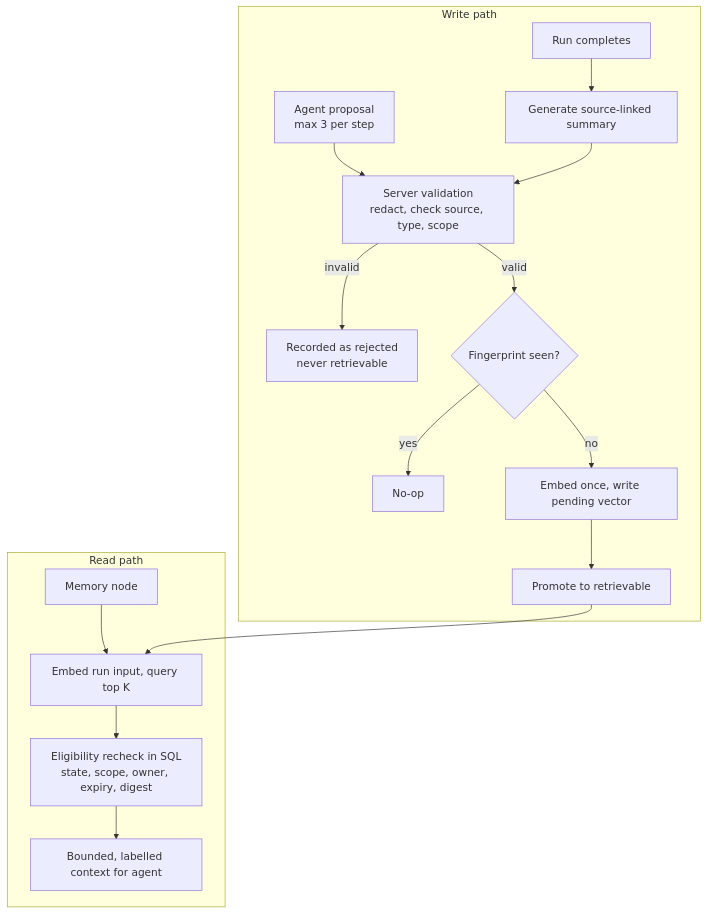
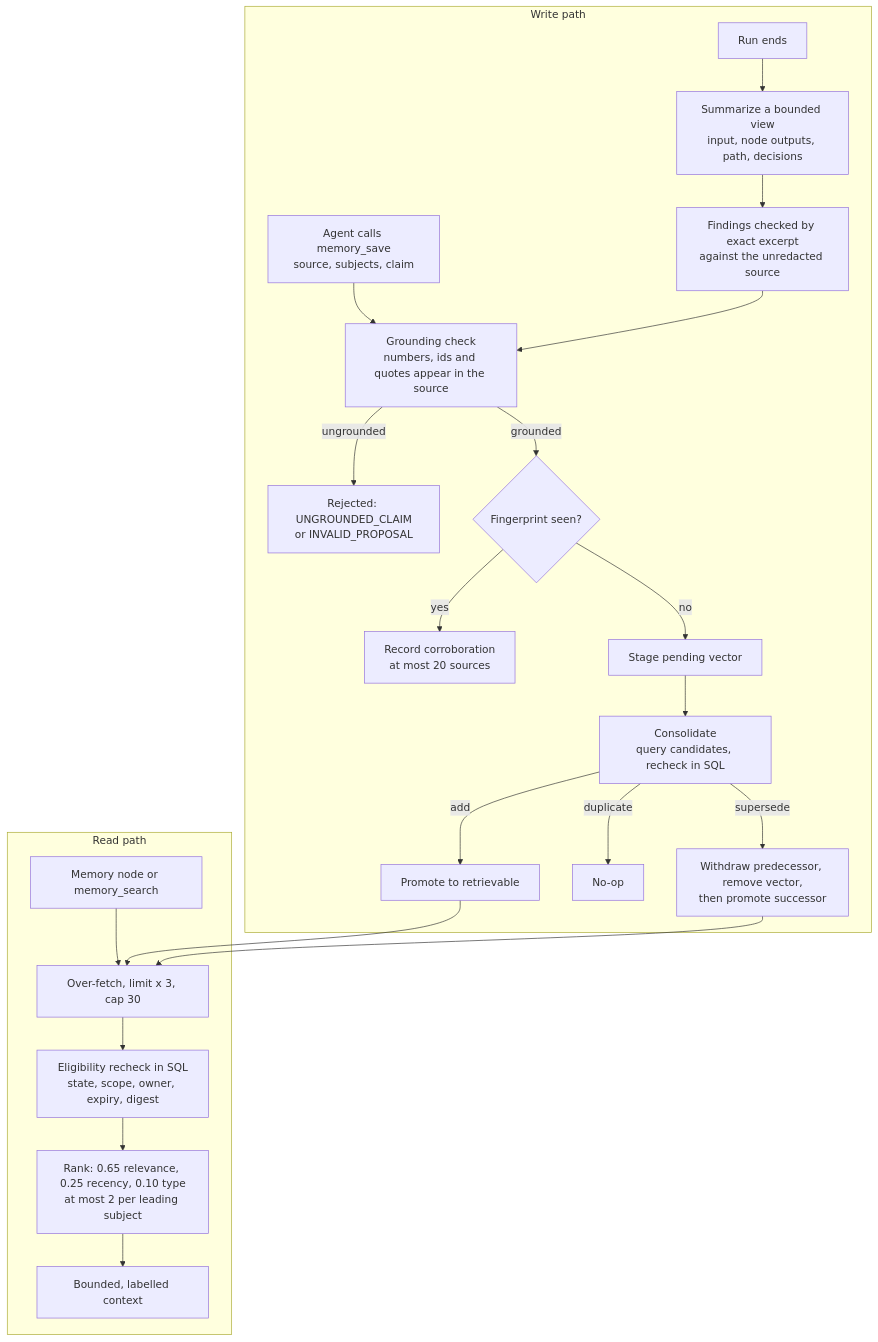
One commit to SmayanKulkarni/Enterprise-Agent-Automation-Platform changed diagram 16 of 16 in README.md. Above: the diagram before and after it, drawn with Mermaid. The commit also changed other lines of this file and 135 other files, not shown here.

````diff
--- a/README.md
+++ b/README.md
@@ -754,19 +970,25 @@
 ```mermaid
 flowchart TD
     subgraph Write path
-        R["Run completes"] --> S["Generate source-linked summary"]
-        AG["Agent proposal<br/>max 3 per step"] --> V
-        S --> V["Server validation<br/>redact, check source, type, scope"]
-        V -->|"invalid"| RJ["Recorded as rejected<br/>never retrievable"]
-        V -->|"valid"| FP{"Fingerprint seen?"}
-        FP -->|"yes"| NO["No-op"]
-        FP -->|"no"| EMB["Embed once, write pending vector"]
-        EMB --> PRM["Promote to retrievable"]
+        R["Run ends"] --> S["Summarize a bounded view<br/>input, node outputs, path, decisions"]
+        S --> FD["Findings checked by exact excerpt<br/>against the unredacted source"]
+        AG["Agent calls memory_save<br/>source, subjects, claim"] --> GR
+        FD --> GR["Grounding check<br/>numbers, ids and quotes appear in the source"]
+        GR -->|"ungrounded"| RJ["Rejected: UNGROUNDED_CLAIM<br/>or INVALID_PROPOSAL"]
+        GR -->|"grounded"| FP{"Fingerprint seen?"}
+        FP -->|"yes"| CO["Record corroboration<br/>at most 20 sources"]
+        FP -->|"no"| ST["Stage pending vector"]
+        ST --> CN["Consolidate<br/>query candidates, recheck in SQL"]
+        CN -->|"add"| PRM["Promote to retrievable"]
+        CN -->|"duplicate"| NO["No-op"]
+        CN -->|"supersede"| SP["Withdraw predecessor, remove vector,<br/>then promote successor"]
     end
     subgraph Read path
-        MN["Memory node"] --> Q["Embed run input, query top K"]
-        Q --> EL["Eligibility recheck in SQL<br/>state, scope, owner, expiry, digest"]
-        EL --> CTX["Bounded, labelled context for agent"]
+        MN["Memory node or memory_search"] --> OF["Over-fetch, limit x 3, cap 30"]
+        OF --> EL["Eligibility recheck in SQL<br/>state, scope, owner, expiry, digest"]
+        EL --> RK["Rank: 0.65 relevance, 0.25 recency, 0.10 type<br/>at most 2 per leading subject"]
+        RK --> CTX["Bounded, labelled context"]
     end
-    PRM --> Q
+    PRM --> OF
+    SP --> OF
 ```
````
